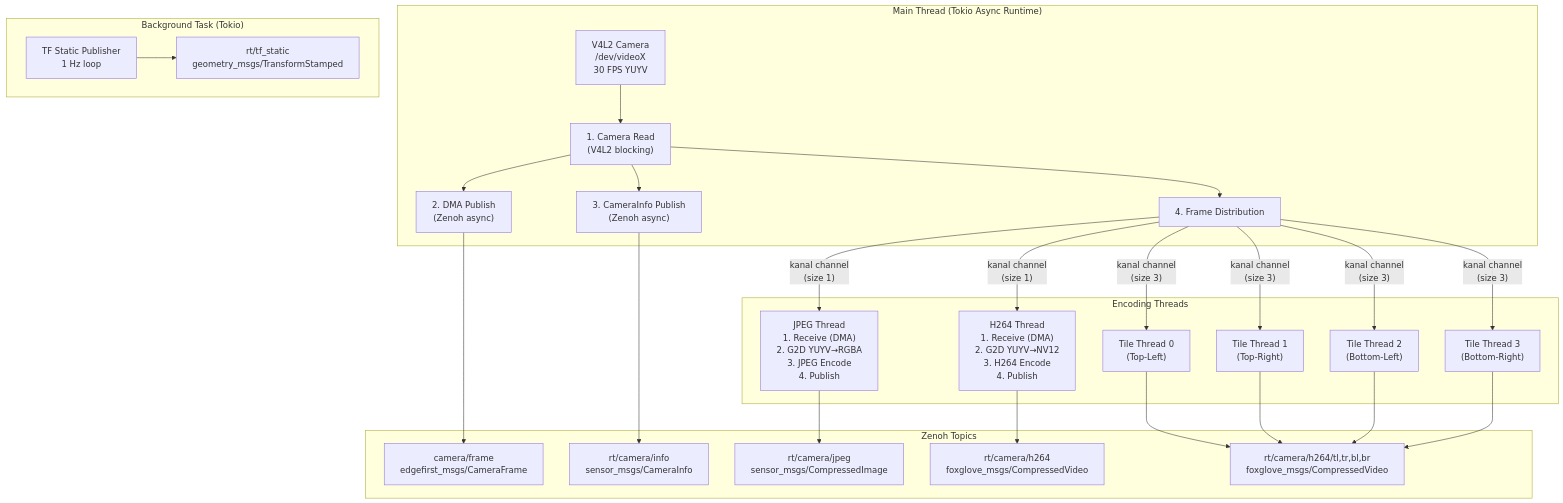
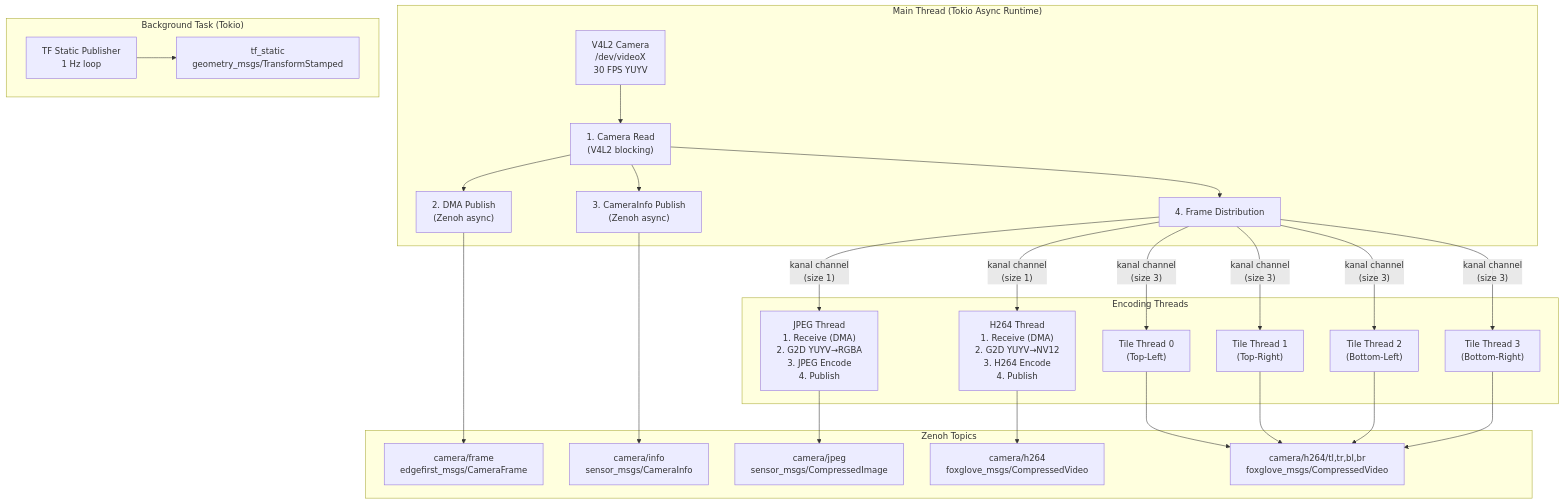
The first of 3 diagrams in ARCHITECTURE.md (EdgeFirstAI/camera), drawn with Mermaid before and after one commit. The commit also changed other lines of this file and 8 other files, not shown here.

````diff
--- a/ARCHITECTURE.md
+++ b/ARCHITECTURE.md
@@ -28,54 +28,54 @@
 ```mermaid
 graph TB
     subgraph "Main Thread (Tokio Async Runtime)"
         Camera["V4L2 Camera<br/>/dev/videoX<br/>30 FPS YUYV"]
         CamRead["1. Camera Read<br/>(V4L2 blocking)"]
         DMAPub["2. DMA Publish<br/>(Zenoh async)"]
         InfoPub["3. CameraInfo Publish<br/>(Zenoh async)"]
         Distribute["4. Frame Distribution"]
         
         Camera --> CamRead
         CamRead --> DMAPub
         CamRead --> InfoPub
         CamRead --> Distribute
     end
     
     subgraph "Encoding Threads"
         JPEGThread["JPEG Thread<br/>1. Receive (DMA)<br/>2. G2D YUYV→RGBA<br/>3. JPEG Encode<br/>4. Publish"]
         H264Thread["H264 Thread<br/>1. Receive (DMA)<br/>2. G2D YUYV→NV12<br/>3. H264 Encode<br/>4. Publish"]
         TileThread1["Tile Thread 0<br/>(Top-Left)"]
         TileThread2["Tile Thread 1<br/>(Top-Right)"]
         TileThread3["Tile Thread 2<br/>(Bottom-Left)"]
         TileThread4["Tile Thread 3<br/>(Bottom-Right)"]
     end
     
     subgraph "Zenoh Topics"
         DMATop["camera/frame<br/>edgefirst_msgs/CameraFrame"]
-        InfoTop["rt/camera/info<br/>sensor_msgs/CameraInfo"]
-        JPEGTop["rt/camera/jpeg<br/>sensor_msgs/CompressedImage"]
-        H264Top["rt/camera/h264<br/>foxglove_msgs/CompressedVideo"]
-        TileTop["rt/camera/h264/tl,tr,bl,br<br/>foxglove_msgs/CompressedVideo"]
+        InfoTop["camera/info<br/>sensor_msgs/CameraInfo"]
+        JPEGTop["camera/jpeg<br/>sensor_msgs/CompressedImage"]
+        H264Top["camera/h264<br/>foxglove_msgs/CompressedVideo"]
+        TileTop["camera/h264/tl,tr,bl,br<br/>foxglove_msgs/CompressedVideo"]
     end
     
     Distribute -->|"kanal channel<br/>(size 1)"| JPEGThread
     Distribute -->|"kanal channel<br/>(size 1)"| H264Thread
     Distribute -->|"kanal channel<br/>(size 3)"| TileThread1
     Distribute -->|"kanal channel<br/>(size 3)"| TileThread2
     Distribute -->|"kanal channel<br/>(size 3)"| TileThread3
     Distribute -->|"kanal channel<br/>(size 3)"| TileThread4
     
     DMAPub --> DMATop
     InfoPub --> InfoTop
     JPEGThread --> JPEGTop
     H264Thread --> H264Top
     TileThread1 --> TileTop
     TileThread2 --> TileTop
     TileThread3 --> TileTop
     TileThread4 --> TileTop
     
     subgraph "Background Task (Tokio)"
         TFPub["TF Static Publisher<br/>1 Hz loop"]
-        TFTop["rt/tf_static<br/>geometry_msgs/TransformStamped"]
+        TFTop["tf_static<br/>geometry_msgs/TransformStamped"]
         TFPub --> TFTop
     end
 ```
````
